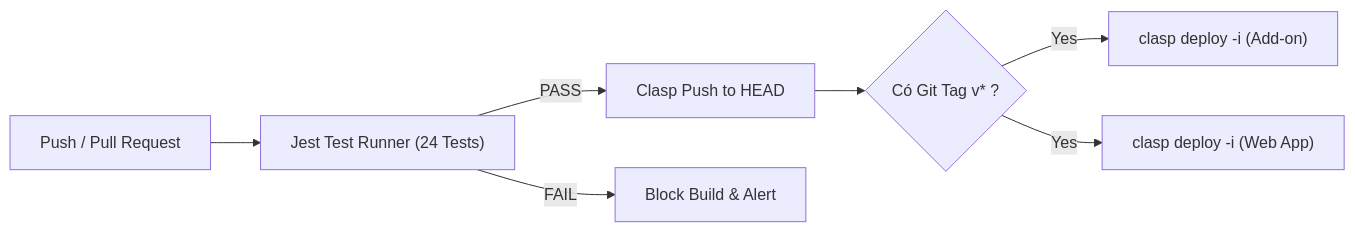
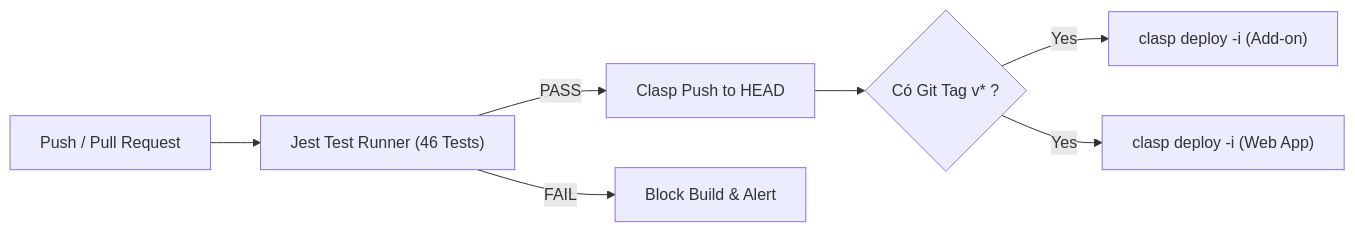
One commit to TrongShuKi/mailmerge changed the diagram in README.md. Above: the diagram before and after it, drawn with Mermaid. The commit also changed other lines of this file and 8 other files, not shown here.

````diff
--- a/README.md
+++ b/README.md
@@ -57,9 +59,9 @@
 ```mermaid
 graph LR
-    A["Push / Pull Request"] --> B["Jest Test Runner (24 Tests)"]
+    A["Push / Pull Request"] --> B["Jest Test Runner (46 Tests)"]
     B -->|PASS| C["Clasp Push to HEAD"]
     B -->|FAIL| D["Block Build & Alert"]
     C --> E{"Có Git Tag v* ?"}
     E -->|Yes| F["clasp deploy -i (Add-on)"]
     E -->|Yes| G["clasp deploy -i (Web App)"]
 ```
````
